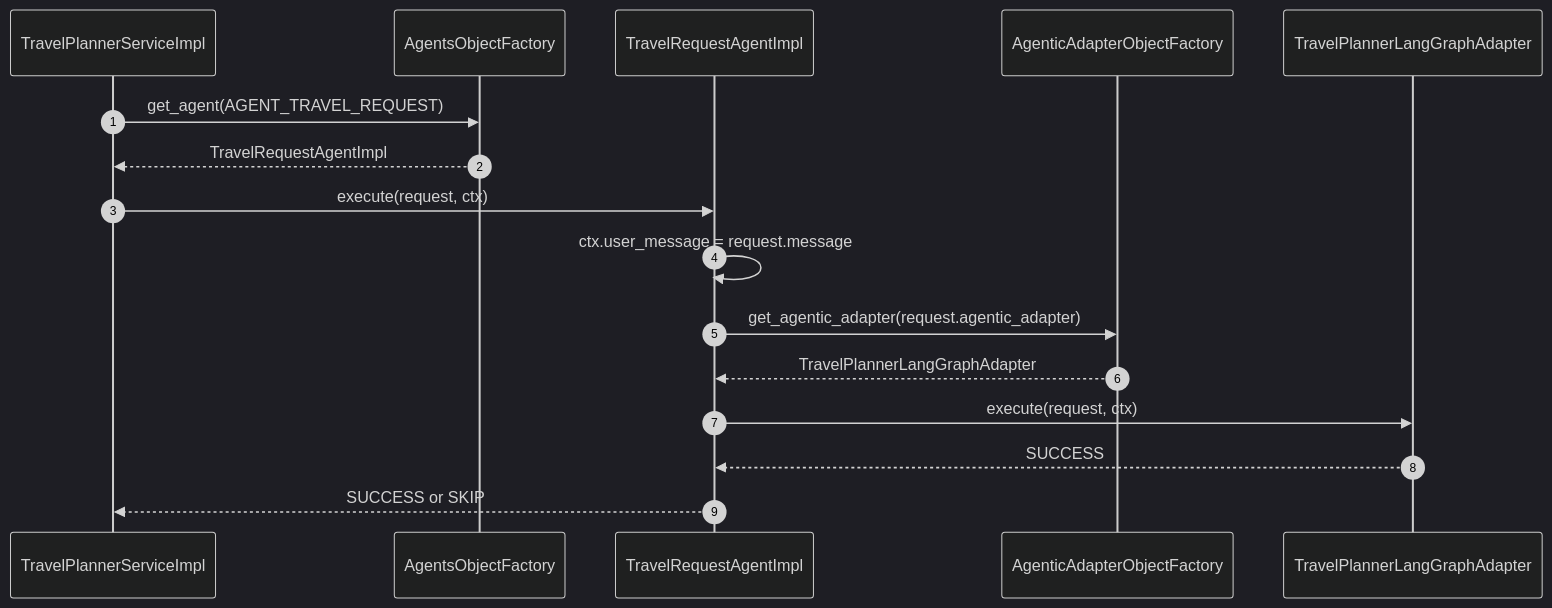
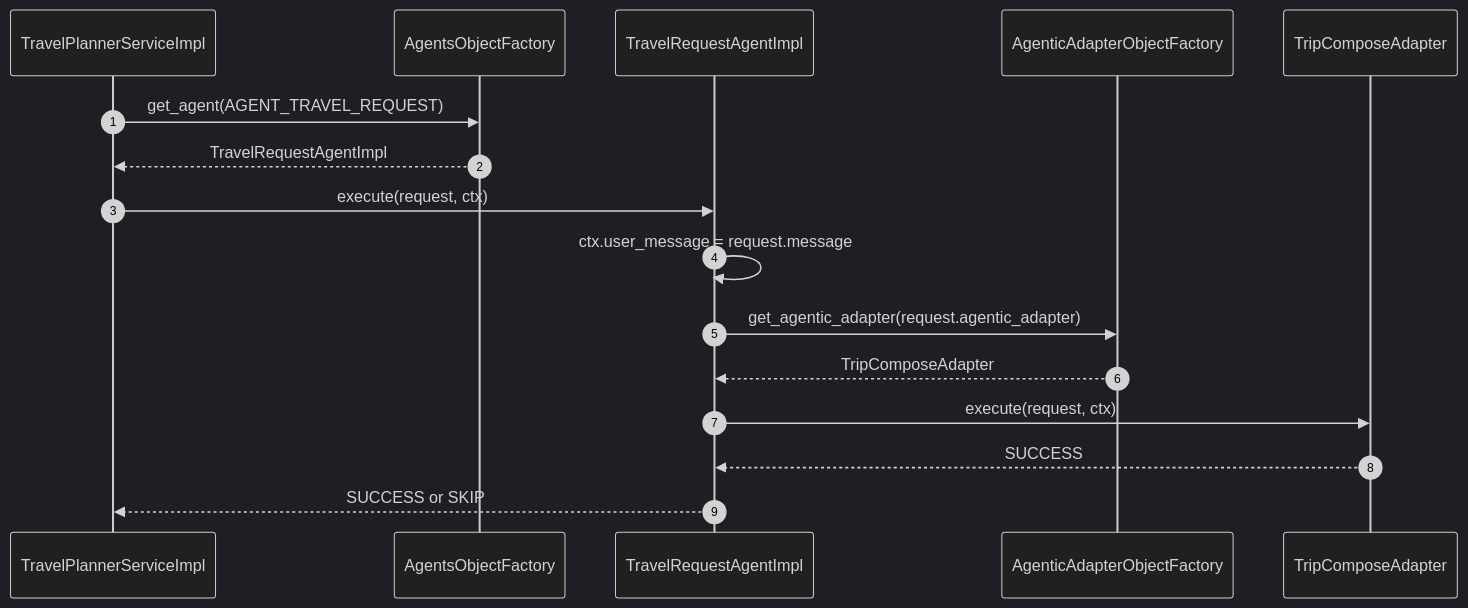
Before and after one commit to javakishore-veleti/TripMate: the second of 2 diagrams in README.md, drawn with Mermaid (dark theme). The commit also changed other lines of this file and 260 other files, not shown here.

````diff
--- a/README.md
+++ b/README.md
@@ -75,19 +75,19 @@
 ```mermaid
 sequenceDiagram
     autonumber
     participant Svc as TravelPlannerServiceImpl
     participant Agents as AgentsObjectFactory
     participant Core as TravelRequestAgentImpl
     participant Adapters as AgenticAdapterObjectFactory
-    participant Graph as TravelPlannerLangGraphAdapter
+    participant Graph as TripComposeAdapter
 
     Svc->>Agents: get_agent(AGENT_TRAVEL_REQUEST)
     Agents-->>Svc: TravelRequestAgentImpl
     Svc->>Core: execute(request, ctx)
     Core->>Core: ctx.user_message = request.message
     Core->>Adapters: get_agentic_adapter(request.agentic_adapter)
-    Adapters-->>Core: TravelPlannerLangGraphAdapter
+    Adapters-->>Core: TripComposeAdapter
     Core->>Graph: execute(request, ctx)
     Graph-->>Core: SUCCESS
     Core-->>Svc: SUCCESS or SKIP
 ```
````
